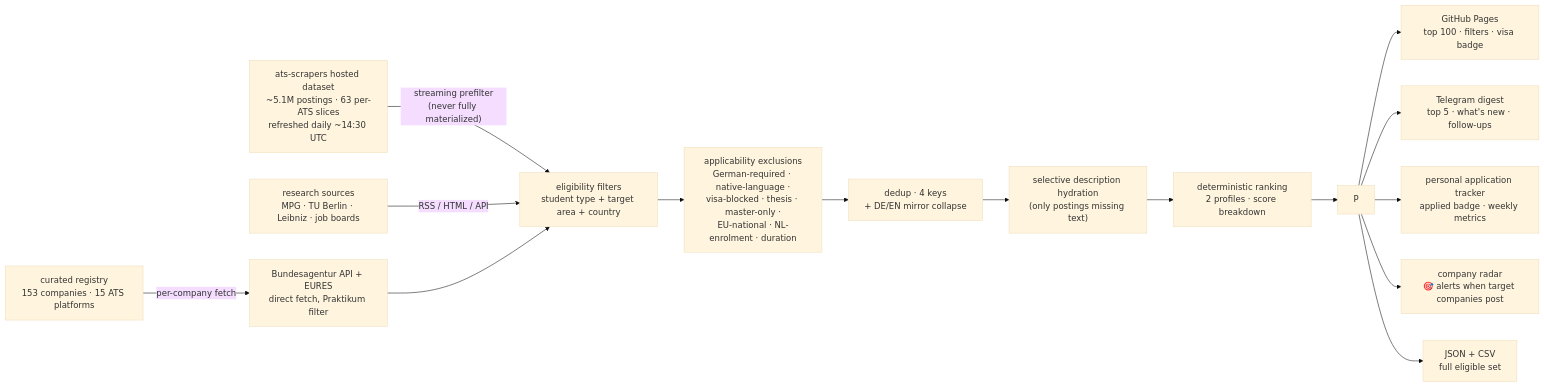
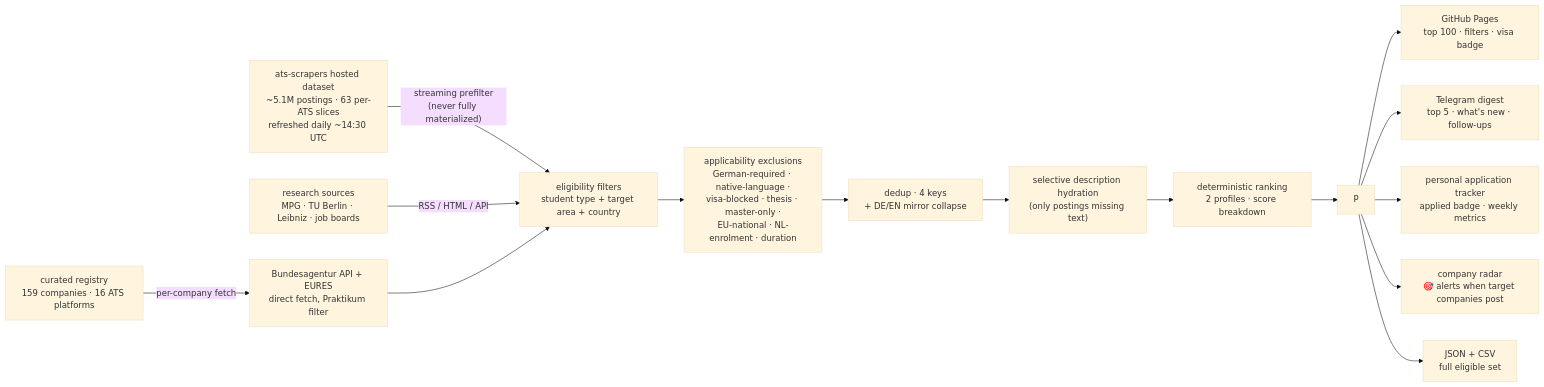
Before and after one commit to rios-vini/internship-finder: the diagram in README.md, drawn with Mermaid (base theme). The commit also changed other lines of this file and 22 other files, not shown here.

````diff
--- a/README.md
+++ b/README.md
@@ -58,17 +58,17 @@
 ```mermaid
 flowchart LR
     DS["ats-scrapers hosted dataset<br/>~5.1M postings · 63 per-ATS slices<br/>refreshed daily ~14:30 UTC"] -->|"streaming prefilter<br/>(never fully materialized)"| F
-    RG["curated registry<br/>153 companies · 15 ATS platforms"] -->|"per-company fetch"| BA["Bundesagentur API + EURES<br/>direct fetch, Praktikum filter"]
+    RG["curated registry<br/>159 companies · 16 ATS platforms"] -->|"per-company fetch"| BA["Bundesagentur API + EURES<br/>direct fetch, Praktikum filter"]
     RS["research sources<br/>MPG · TU Berlin · Leibniz · job boards"] -->|"RSS / HTML / API"| F
     BA --> F
     F["eligibility filters<br/>student type + target area + country"] --> A
     A["applicability exclusions<br/>German-required · native-language ·<br/>visa-blocked · thesis · master-only ·<br/>EU-national · NL-enrolment · duration"] --> D
     D["dedup · 4 keys<br/>+ DE/EN mirror collapse"] --> H
     H["selective description hydration<br/>(only postings missing text)"] --> R
     R["deterministic ranking<br/>2 profiles · score breakdown"] --> P
     P --> GH["GitHub Pages<br/>top 100 · filters · visa badge"]
     P --> TG["Telegram digest<br/>top 5 · what's new · follow-ups"]
     P --> TR["personal application tracker<br/>applied badge · weekly metrics"]
     P --> CO["company radar<br/>🎯 alerts when target companies post"]
     P --> JS["JSON + CSV<br/>full eligible set"]
 ```
````
